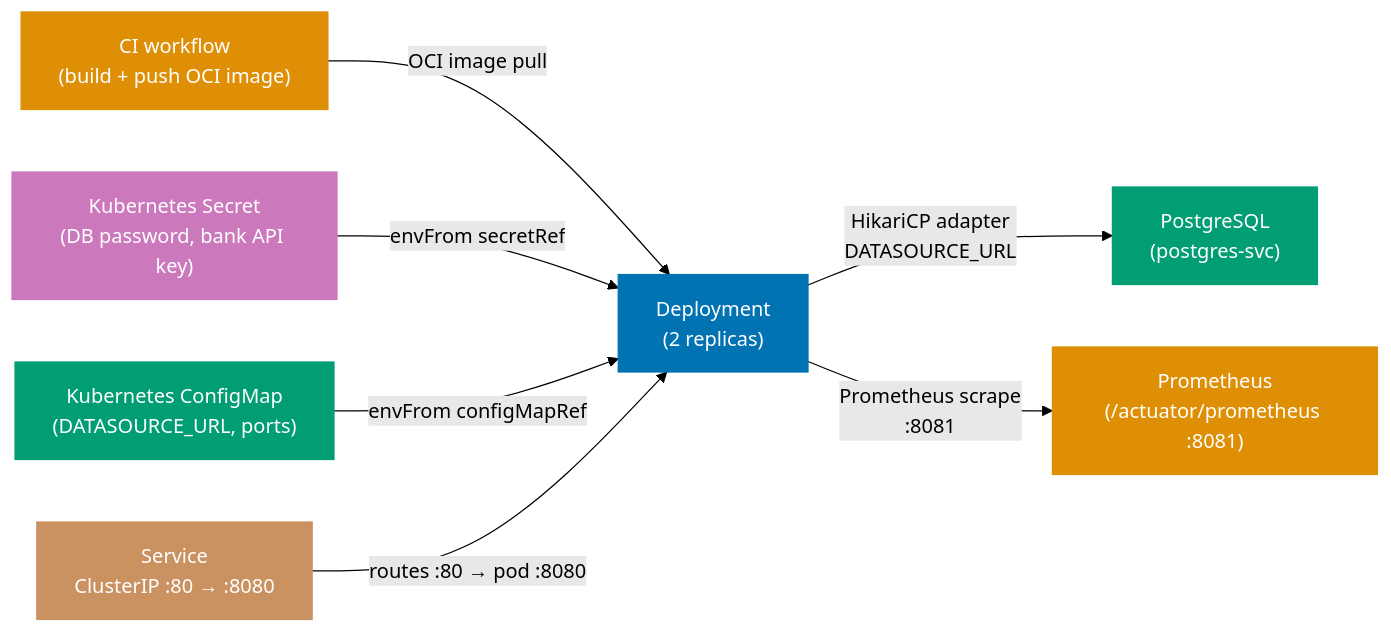
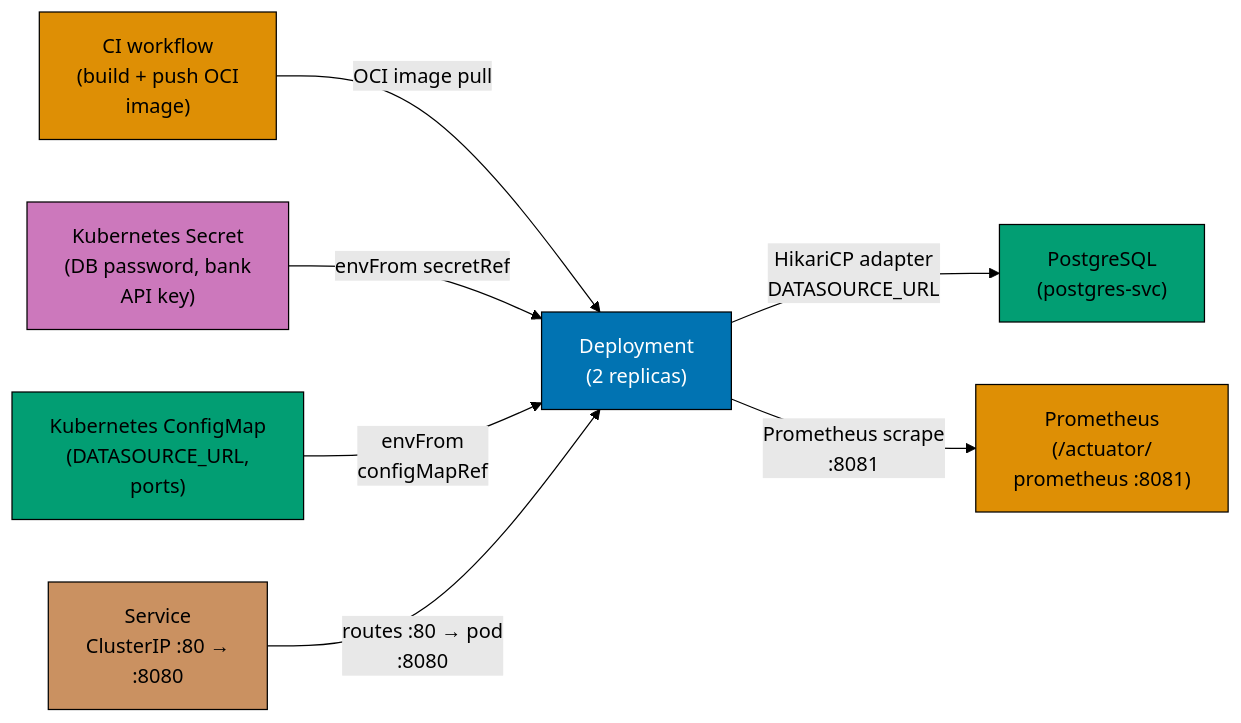
The third of 5 diagrams in apps/ayokoding-www/content/en/learn/legacy/software-engineering/software-architecture/by-example/cases/in-oop/advanced.md (wahidyankf/ose-public), drawn with Mermaid (forest theme) before and after one commit. The commit also changed other lines of this file and 78 other files, not shown here.

First line of the commit message:
fix(mermaid): bring the remaining legacy software-engineering diagrams onto the accessible palette

````diff
--- a/apps/ayokoding-www/content/en/learn/legacy/software-engineering/software-architecture/by-example/cases/in-oop/advanced.md
+++ b/apps/ayokoding-www/content/en/learn/legacy/software-engineering/software-architecture/by-example/cases/in-oop/advanced.md
@@ -4467,23 +4472,26 @@
 ```mermaid
 flowchart LR
-    ci["CI workflow\n(build + push OCI image)"]:::orange
-    secret["Kubernetes Secret\n(DB password, bank API key)"]:::purple
-    cm["Kubernetes ConfigMap\n(DATASOURCE_URL, ports)"]:::teal
-    dep["Deployment\n(2 replicas)"]:::blue
-    svc["Service\nClusterIP :80 → :8080"]:::brown
-    pg["PostgreSQL\n(postgres-svc)"]:::teal
-    prom["Prometheus\n(/actuator/prometheus :8081)"]:::orange
+    accTitle: => Service: stable network endpoint for the pod replicas — DNS-resolvable cluster-internal address
+    accDescr: Flowchart with 7 nodes and 6 connections. Nodes: CI workflow (build + push OCI image), Kubernetes Secret (DB password, bank API key), Kubernetes ConfigMap (DATASOURCE_URL, ports), Deployment (2 replicas), Service ClusterIP :80 → :8080, PostgreSQL (postgres-svc), Prometheus (/actuator/ prometheus :8081). Connections: CI workflow (build + push OCI image) to Deployment (2 replicas) (OCI image pull), Kubernetes Secret (DB password, bank API key) to Deployment (2 replicas) (envFrom secretRef), Kubernetes ConfigMap (DATASOURCE_URL, ports) to Deployment (2 replicas) (envFrom configMapRef), Deployment (2 replicas) to PostgreSQL (postgres-svc) (HikariCP adapter DATASOURCE_URL), Deployment (2 replicas) to Prometheus (/actuator/ prometheus :8081) (Prometheus scrape :8081), Service ClusterIP :80 → :8080 to Deployment (2 replicas) (routes :80 → pod :8080).
+    ci["CI workflow<br/>(build + push OCI<br/>image)"]:::orange
+    secret["Kubernetes Secret<br/>(DB password, bank<br/>API key)"]:::purple
+    cm["Kubernetes ConfigMap<br/>(DATASOURCE_URL,<br/>ports)"]:::teal
+    dep["Deployment<br/>(2 replicas)"]:::blue
+    svc["Service<br/>ClusterIP :80 →<br/>:8080"]:::brown
+    pg["PostgreSQL<br/>(postgres-svc)"]:::teal
+    prom["Prometheus<br/>(/actuator/<br/>prometheus :8081)"]:::orange
 
     ci -->|"OCI image pull"| dep
     secret -->|"envFrom secretRef"| dep
-    cm -->|"envFrom configMapRef"| dep
-    dep -->|"HikariCP adapter\nDATASOURCE_URL"| pg
-    dep -->|"Prometheus scrape\n:8081"| prom
-    svc -->|"routes :80 → pod :8080"| dep
+    cm -->|"envFrom<br/>configMapRef"| dep
+    dep -->|"HikariCP adapter<br/>DATASOURCE_URL"| pg
+    dep -->|"Prometheus scrape<br/>:8081"| prom
+    svc -->|"routes :80 → pod<br/>:8080"| dep
 
-    classDef orange fill:#DE8F05,color:#fff,stroke:#DE8F05
-    classDef purple fill:#CC78BC,color:#fff,stroke:#CC78BC
-    classDef teal fill:#029E73,color:#fff,stroke:#029E73
-    classDef blue fill:#0173B2,color:#fff,stroke:#0173B2
-    classDef brown fill:#CA9161,color:#fff,stroke:#CA9161
+    classDef orange fill:#DE8F05,color:#000000,stroke:#000000
+    classDef purple fill:#CC78BC,color:#000000,stroke:#000000
+    classDef teal fill:#029E73,color:#000000,stroke:#000000
+    classDef blue fill:#0173B2,color:#FFFFFF,stroke:#000000
+    classDef brown fill:#CA9161,color:#000000,stroke:#000000
+    classDef default fill:#FFFFFF,stroke:#000000,color:#000000
 ```
````
